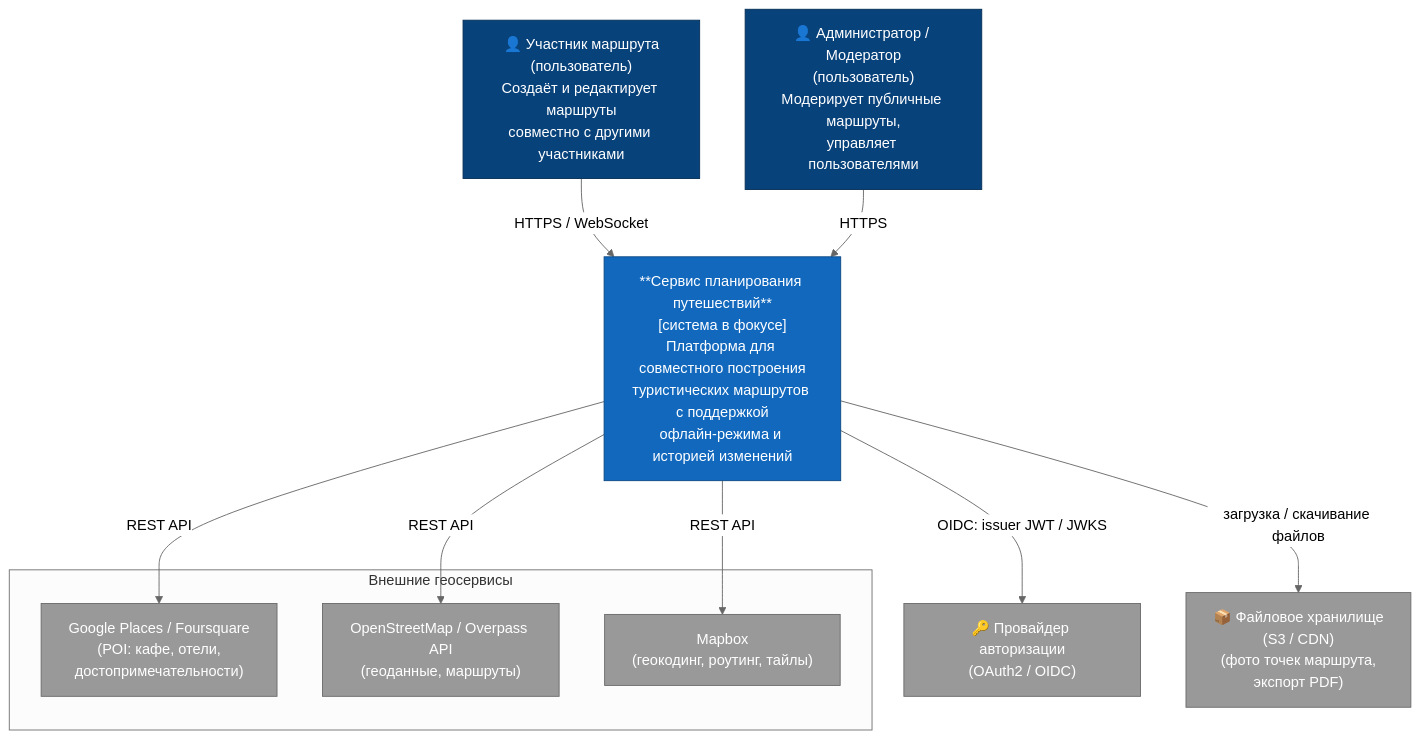
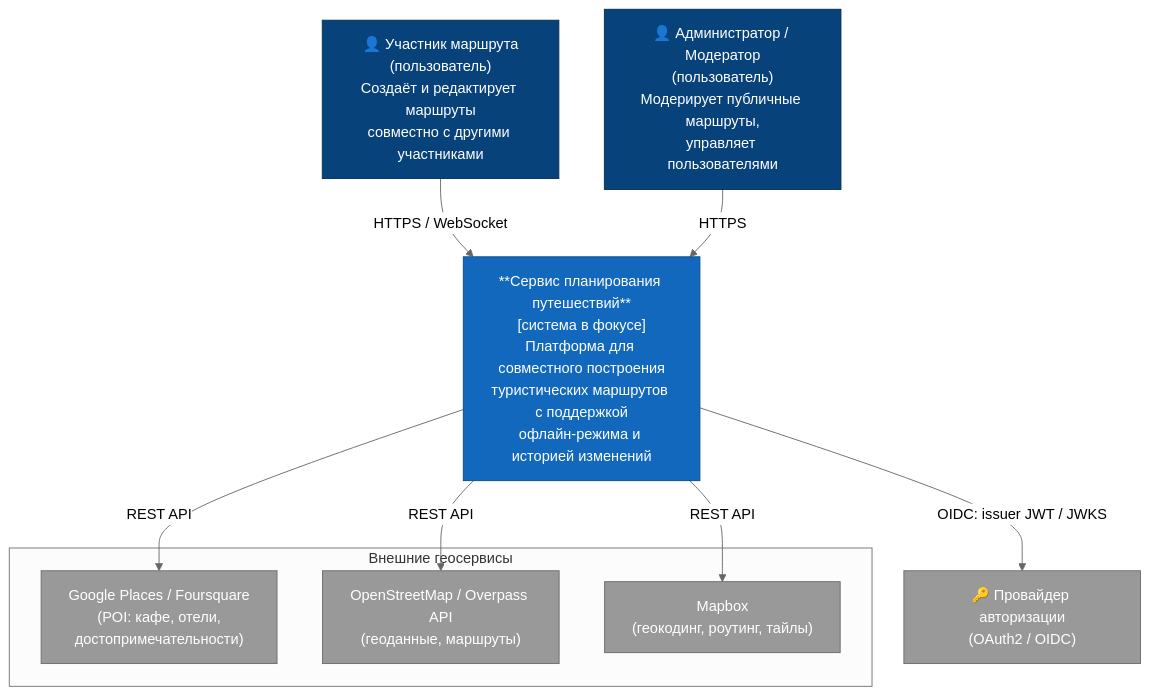
The diagram in docs/views/c4-context.md (SeGeGha/otus-architecture), drawn with Mermaid (neutral theme) before and after one commit. The commit also changed other lines of this file and 1 other file, not shown here.

Commit message:
docs: update c4-container and c4-context to remove references to storage

````diff
--- a/docs/views/c4-context.md
+++ b/docs/views/c4-context.md
@@ -7,32 +7,30 @@
 ```mermaid
 flowchart TB
     user["👤 Участник маршрута\n(пользователь)\nСоздаёт и редактирует маршруты\nсовместно с другими участниками"]
     admin["👤 Администратор / Модератор\n(пользователь)\nМодерирует публичные маршруты,\nуправляет пользователями"]
 
     system["**Сервис планирования путешествий**\n[система в фокусе]\nПлатформа для совместного построения\nтуристических маршрутов с поддержкой\nофлайн-режима и историей изменений"]
 
     subgraph geo["Внешние геосервисы"]
         poi["Google Places / Foursquare\n(POI: кафе, отели,\nдостопримечательности)"]
         osm["OpenStreetMap / Overpass API\n(геоданные, маршруты)"]
         mapbox["Mapbox\n(геокодинг, роутинг, тайлы)"]
     end
 
     idp["🔑 Провайдер авторизации\n(OAuth2 / OIDC)"]
-    storage["📦 Файловое хранилище\n(S3 / CDN)\n(фото точек маршрута,\nэкспорт PDF)"]
 
     user -->|"HTTPS / WebSocket"| system
     admin -->|"HTTPS"| system
 
     system -->|"REST API"| poi
     system -->|"REST API"| osm
     system -->|"REST API"| mapbox
     system -->|"OIDC: issuer JWT / JWKS"| idp
-    system -->|"загрузка / скачивание файлов"| storage
 
     classDef focus fill:#1168bd,stroke:#0b4884,color:#ffffff;
     classDef person fill:#08427b,stroke:#052e56,color:#ffffff;
     classDef external fill:#999999,stroke:#6b6b6b,color:#ffffff;
     class system focus;
     class user,admin person;
-    class poi,osm,mapbox,idp,storage external;
+    class poi,osm,mapbox,idp external;
 ```
````
